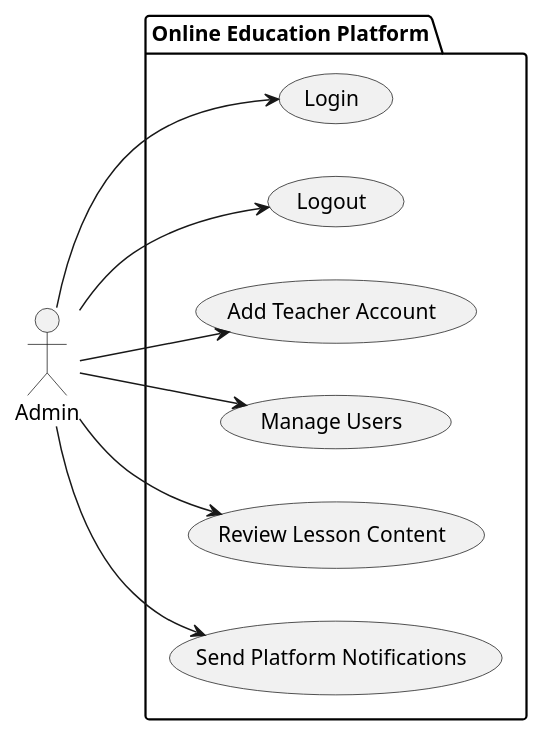
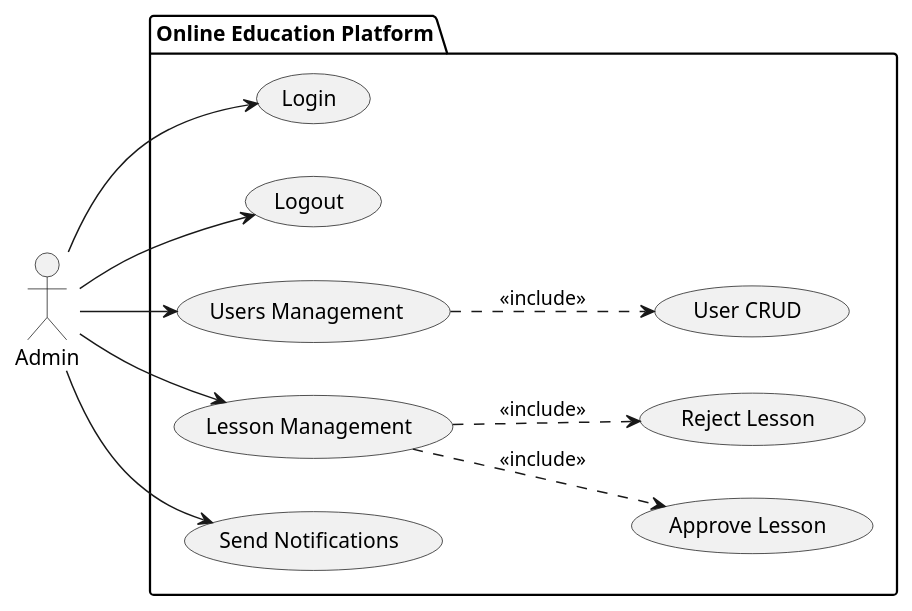
Before and after one commit to albert-newton-liu/OnlineEducationPlatform: the diagram in uml/AdminUseCase.puml, drawn with PlantUML. The commit also changed 83 other files, not shown here.

```diff
--- a/uml/AdminUseCase.puml
+++ b/uml/AdminUseCase.puml
@@ -1,23 +1,30 @@
 @startuml AdminUseCases
 
 left to right direction
 
 actor Admin as admin
 
 package "Online Education Platform" {
     usecase "Login" as UC1
     usecase "Logout" as UC2
-    usecase "Add Teacher Account" as UC3
-    usecase "Manage Users" as UC4
-    usecase "Review Lesson Content" as UC5
-    usecase "Send Platform Notifications" as UC7
+    usecase "Users Management " as UC4
+    usecase "Lesson Management" as UC5
+    usecase "Send Notifications" as UC7
+
+    usecase "User CRUD" as UC8
+    usecase "Approve Lesson" as UC9
+    usecase "Reject Lesson" as UC10
 }
 
+admin --> UC7 
+admin --> UC5
 admin --> UC1
 admin --> UC2
-admin --> UC3
-admin --> UC4
-admin --> UC5
-admin --> UC7
+admin --> UC4 
+
+
+UC4 ..> UC8 : <<include>>
+UC5 ..> UC9 : <<include>>
+UC5 ..> UC10 : <<include>>
 
 @enduml
```
